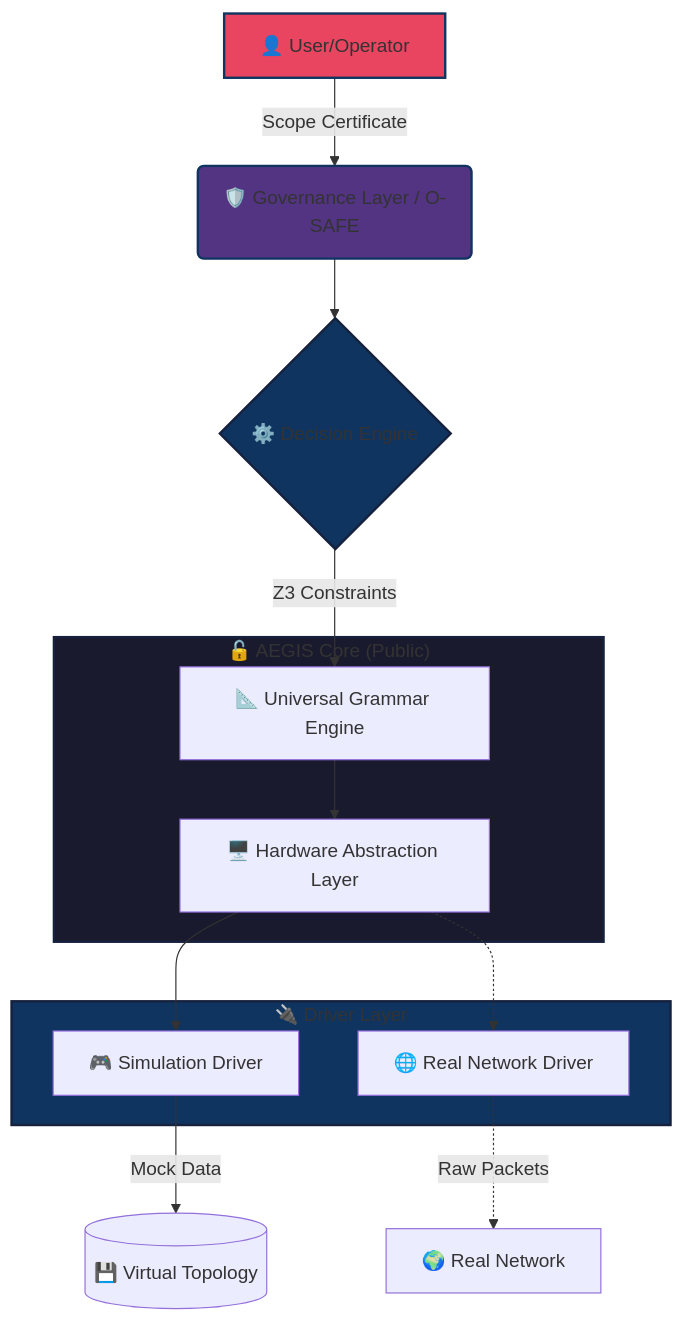
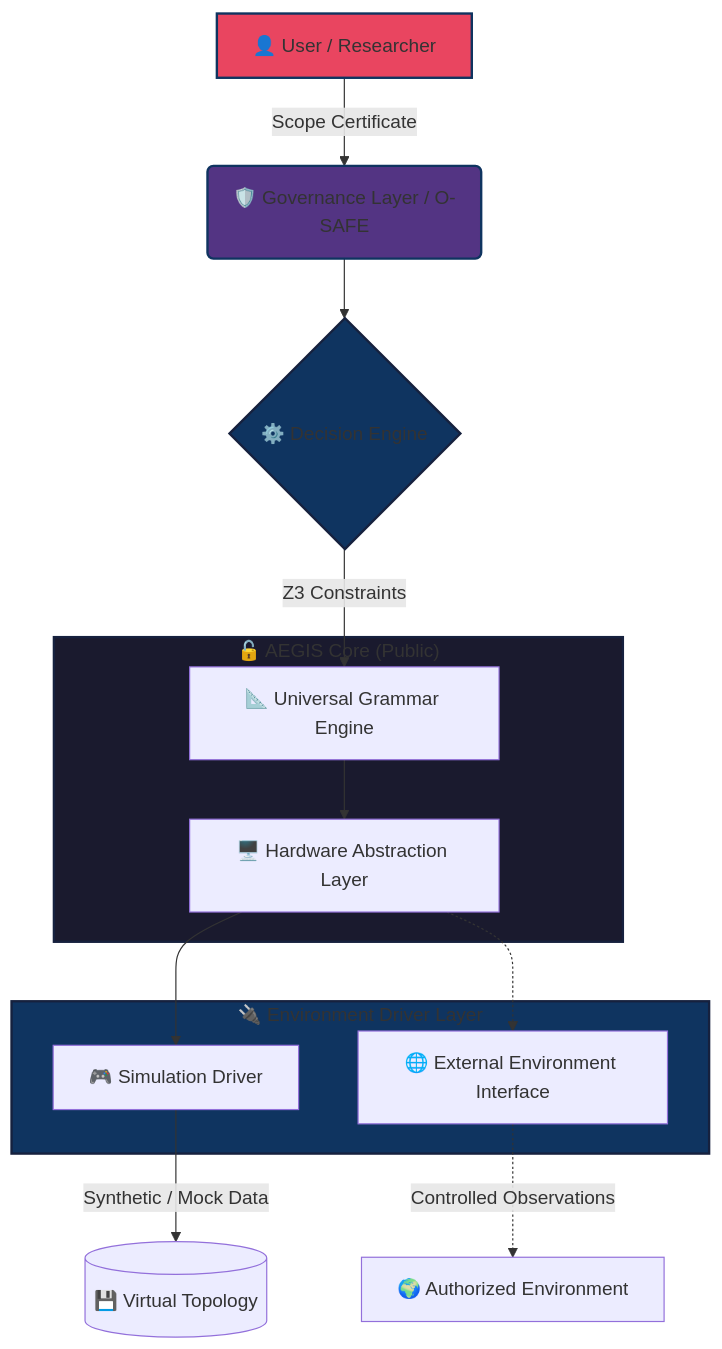
Before and after one commit to sirkianmj/aegis-core: the diagram in README.md, drawn with Mermaid. The commit also changed other lines of this file, not shown here.

````diff
--- a/README.md
+++ b/README.md
@@ -118,24 +137,24 @@
 ```mermaid
 graph TD
-    A[👤 User/Operator] -->|Scope Certificate| B(🛡️ Governance Layer / O-SAFE)
+    A[👤 User / Researcher] -->|Scope Certificate| B(🛡️ Governance Layer / O-SAFE)
     B --> C{⚙️ Decision Engine}
     C -->|Z3 Constraints| D[📐 Universal Grammar Engine]
-    
+
     subgraph AEGIS_Core ["🔓 AEGIS Core (Public)"]
         D --> E[🖥️ Hardware Abstraction Layer]
     end
-    
-    subgraph Driver_Layer ["🔌 Driver Layer"]
+
+    subgraph Driver_Layer ["🔌 Environment Driver Layer"]
         E --> F[🎮 Simulation Driver]
-        E -.-> G[🌐 Real Network Driver]
+        E -.-> G[🌐 External Environment Interface]
     end
-    
-    F -->|Mock Data| H[(💾 Virtual Topology)]
-    G -.->|Raw Packets| I[🌍 Real Network]
-    
+
+    F -->|Synthetic / Mock Data| H[(💾 Virtual Topology)]
+    G -.->|Controlled Observations| I[🌍 Authorized Environment]
+
     style AEGIS_Core fill:#1a1a2e,stroke:#16213e,stroke-width:2px
     style Driver_Layer fill:#0f3460,stroke:#16213e,stroke-width:2px
     style A fill:#e94560,stroke:#0f3460,stroke-width:2px
     style B fill:#533483,stroke:#0f3460,stroke-width:2px
     style C fill:#0f3460,stroke:#16213e,stroke-width:2px
 ```
````
